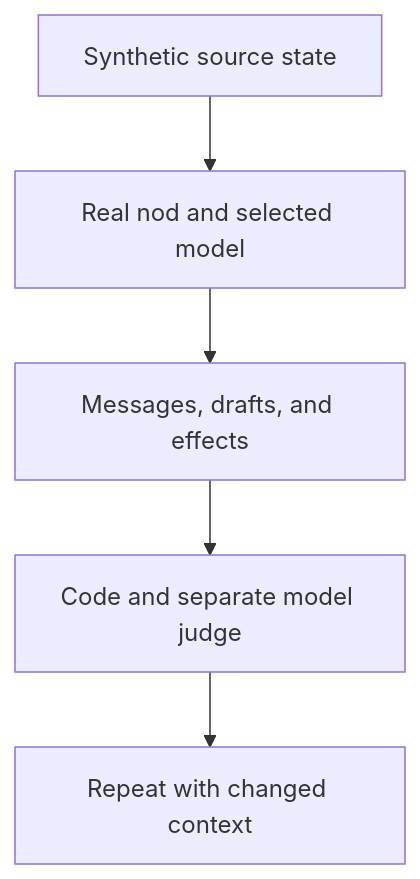
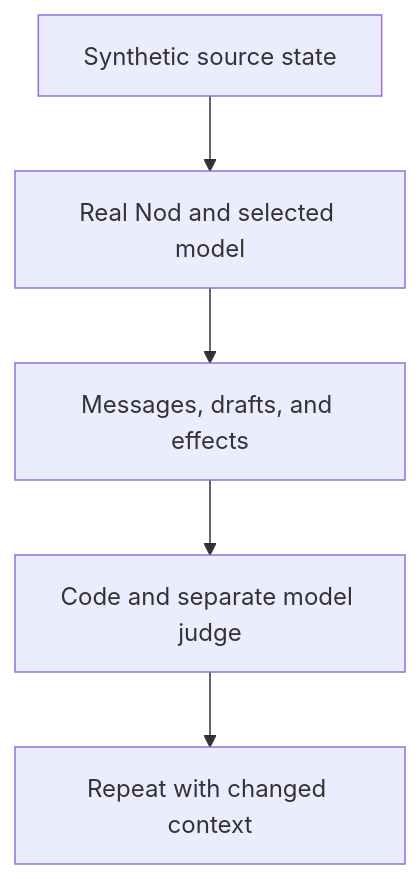
One commit to KrishBhimani/nod changed the diagram in docs/src/content/docs/how-it-works/proactivity-evidence.md. Above: the diagram before and after it, drawn with Mermaid. The commit also changed other lines of this file and 275 other files, not shown here.

````diff
--- a/docs/src/content/docs/how-it-works/proactivity-evidence.md
+++ b/docs/src/content/docs/how-it-works/proactivity-evidence.md
@@ -14,7 +14,7 @@
 ```mermaid
 flowchart TD
-  fixture[Synthetic source state] --> agent[Real nod and selected model]
+  fixture[Synthetic source state] --> agent[Real Nod and selected model]
   agent --> effects[Messages, drafts, and effects]
   effects --> check[Code and separate model judge]
   check --> repeat[Repeat with changed context]
 ```
````
